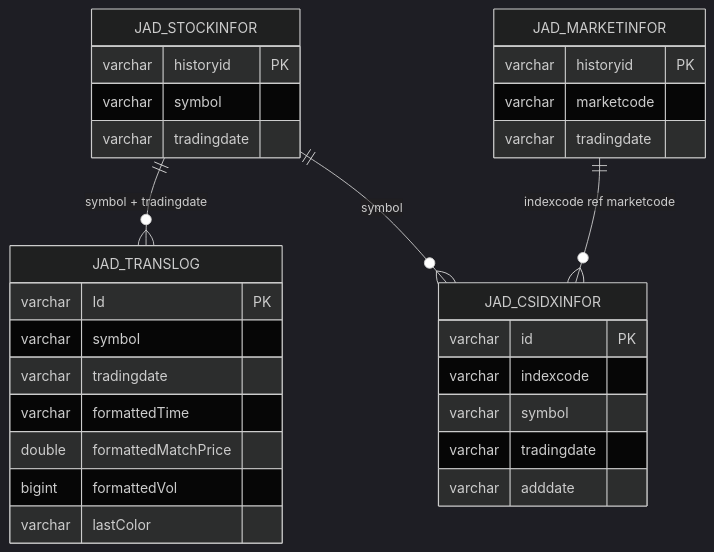
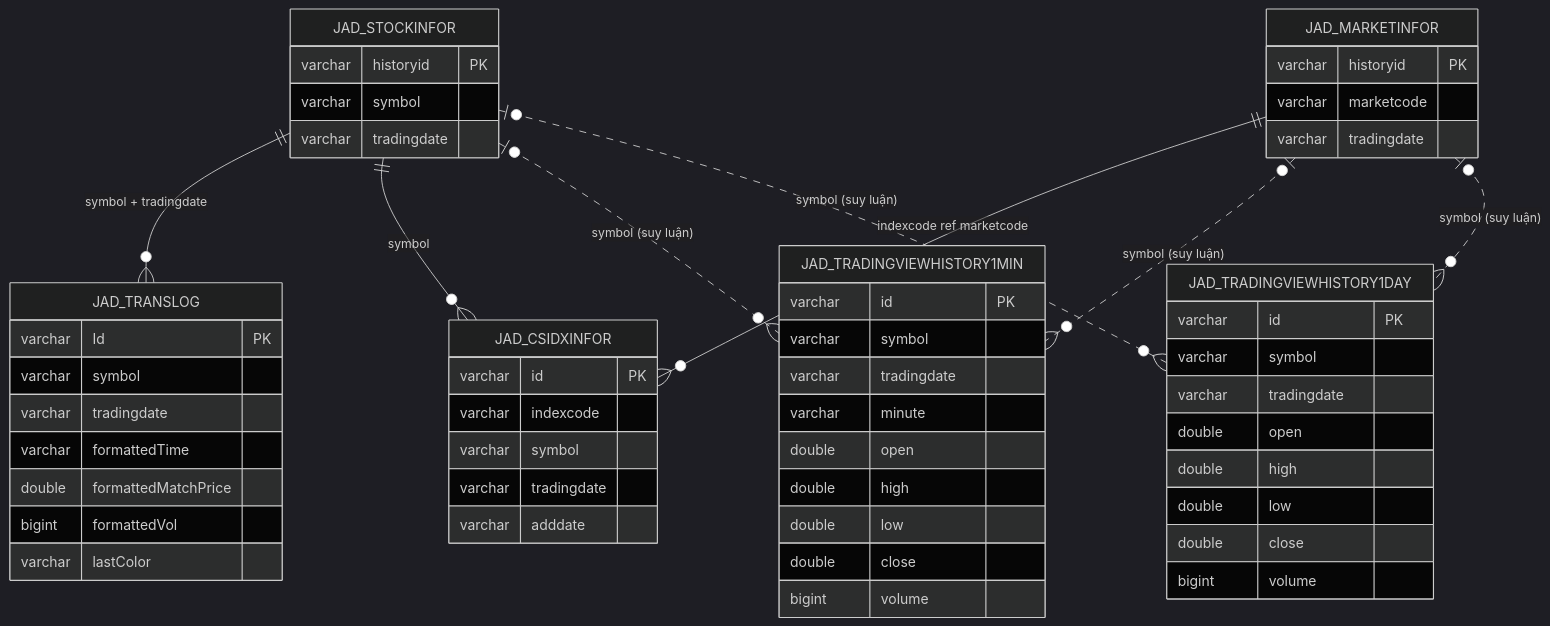
Before and after one commit to linhlvit/ubck_atomic_design: the first of 2 diagrams in DataModel/working/Atomic/hld/MDDS_HLD_Tier2.md, drawn with Mermaid (dark theme). The commit also changed other lines of this file and 24 other files, not shown here.

````diff
--- a/DataModel/working/Atomic/hld/MDDS_HLD_Tier2.md
+++ b/DataModel/working/Atomic/hld/MDDS_HLD_Tier2.md
@@ -19,36 +21,63 @@
 ```mermaid
 erDiagram
     JAD_STOCKINFOR {
         varchar historyid PK
         varchar symbol
         varchar tradingdate
     }
 
     JAD_MARKETINFOR {
         varchar historyid PK
         varchar marketcode
         varchar tradingdate
     }
 
     JAD_TRANSLOG {
         varchar Id PK
         varchar symbol
         varchar tradingdate
         varchar formattedTime
         double formattedMatchPrice
         bigint formattedVol
         varchar lastColor
     }
 
     JAD_CSIDXINFOR {
         varchar id PK
         varchar indexcode
         varchar symbol
         varchar tradingdate
         varchar adddate
     }
 
+    JAD_TRADINGVIEWHISTORY1MIN {
+        varchar id PK
+        varchar symbol
+        varchar tradingdate
+        varchar minute
+        double open
+        double high
+        double low
+        double close
+        bigint volume
+    }
+
+    JAD_TRADINGVIEWHISTORY1DAY {
+        varchar id PK
+        varchar symbol
+        varchar tradingdate
+        double open
+        double high
+        double low
+        double close
+        bigint volume
+    }
+
     JAD_STOCKINFOR ||--o{ JAD_TRANSLOG : "symbol + tradingdate"
     JAD_MARKETINFOR ||--o{ JAD_CSIDXINFOR : "indexcode ref marketcode"
     JAD_STOCKINFOR ||--o{ JAD_CSIDXINFOR : "symbol"
+    JAD_STOCKINFOR |o..o{ JAD_TRADINGVIEWHISTORY1MIN : "symbol (suy luận)"
+    JAD_MARKETINFOR |o..o{ JAD_TRADINGVIEWHISTORY1MIN : "symbol (suy luận)"
+    JAD_STOCKINFOR |o..o{ JAD_TRADINGVIEWHISTORY1DAY : "symbol (suy luận)"
+    JAD_MARKETINFOR |o..o{ JAD_TRADINGVIEWHISTORY1DAY : "symbol (suy luận)"
 ```
````
